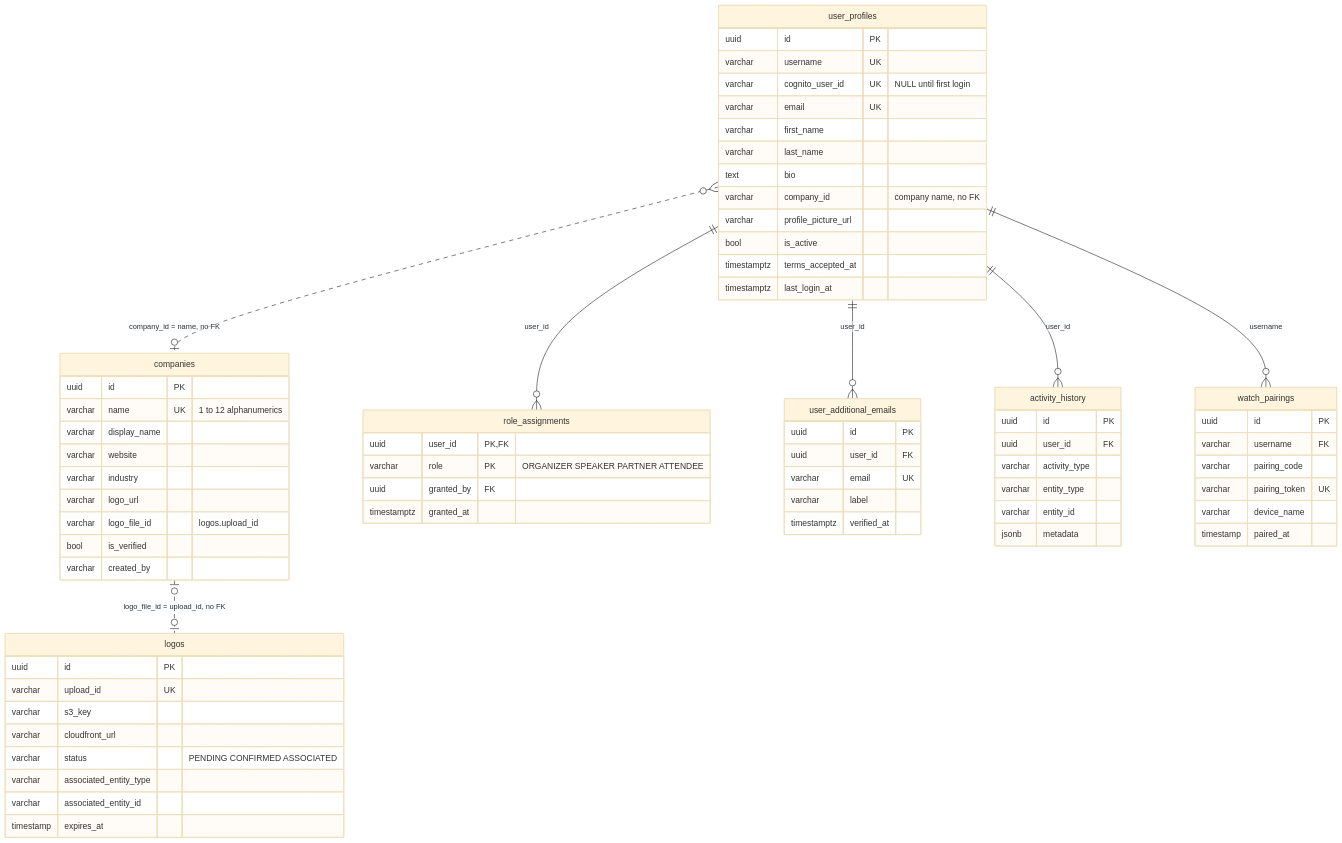
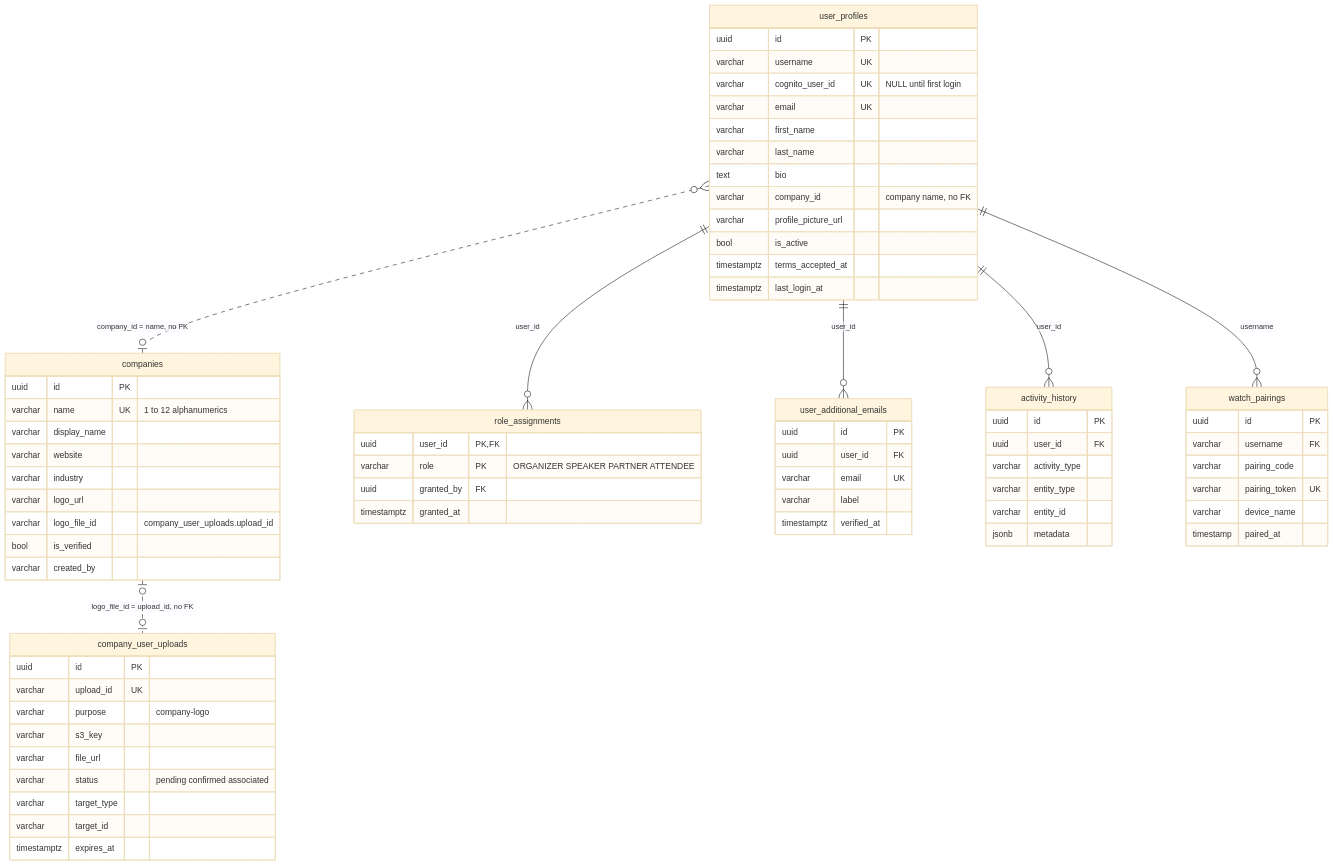
The eighth of 18 diagrams in docs/architecture/03-data-architecture.md (nissimbuchs/BATbern2), drawn with Mermaid (base theme) before and after one commit. The commit also changed other lines of this file and 138 other files, not shown here.

First line of the commit message:
refactor(uploads)!: one upload contract, first purpose company-logo (Epic 17, 4.11) (#1308)

````diff
--- a/docs/architecture/03-data-architecture.md
+++ b/docs/architecture/03-data-architecture.md
@@ -477,73 +490,74 @@
 ```mermaid
 erDiagram
     companies {
         uuid id PK
         varchar name UK "1 to 12 alphanumerics"
         varchar display_name
         varchar website
         varchar industry
         varchar logo_url
-        varchar logo_file_id "logos.upload_id"
+        varchar logo_file_id "company_user_uploads.upload_id"
         bool is_verified
         varchar created_by
     }
     user_profiles {
         uuid id PK
         varchar username UK
         varchar cognito_user_id UK "NULL until first login"
         varchar email UK
         varchar first_name
         varchar last_name
         text bio
         varchar company_id "company name, no FK"
         varchar profile_picture_url
         bool is_active
         timestamptz terms_accepted_at
         timestamptz last_login_at
     }
     role_assignments {
         uuid user_id PK, FK
         varchar role PK "ORGANIZER SPEAKER PARTNER ATTENDEE"
         uuid granted_by FK
         timestamptz granted_at
     }
     user_additional_emails {
         uuid id PK
         uuid user_id FK
         varchar email UK
         varchar label
         timestamptz verified_at
     }
     activity_history {
         uuid id PK
         uuid user_id FK
         varchar activity_type
         varchar entity_type
         varchar entity_id
         jsonb metadata
     }
     watch_pairings {
         uuid id PK
         varchar username FK
         varchar pairing_code
         varchar pairing_token UK
         varchar device_name
         timestamp paired_at
     }
-    logos {
+    company_user_uploads {
         uuid id PK
         varchar upload_id UK
+        varchar purpose "company-logo"
         varchar s3_key
-        varchar cloudfront_url
-        varchar status "PENDING CONFIRMED ASSOCIATED"
-        varchar associated_entity_type
-        varchar associated_entity_id
-        timestamp expires_at
+        varchar file_url
+        varchar status "pending confirmed associated"
+        varchar target_type
+        varchar target_id
+        timestamptz expires_at
     }
     user_profiles ||--o{ role_assignments : "user_id"
     user_profiles ||--o{ user_additional_emails : "user_id"
     user_profiles ||--o{ activity_history : "user_id"
     user_profiles ||--o{ watch_pairings : "username"
     user_profiles }o..o| companies : "company_id = name, no FK"
-    companies |o..o| logos : "logo_file_id = upload_id, no FK"
+    companies |o..o| company_user_uploads : "logo_file_id = upload_id, no FK"
 ```
````
